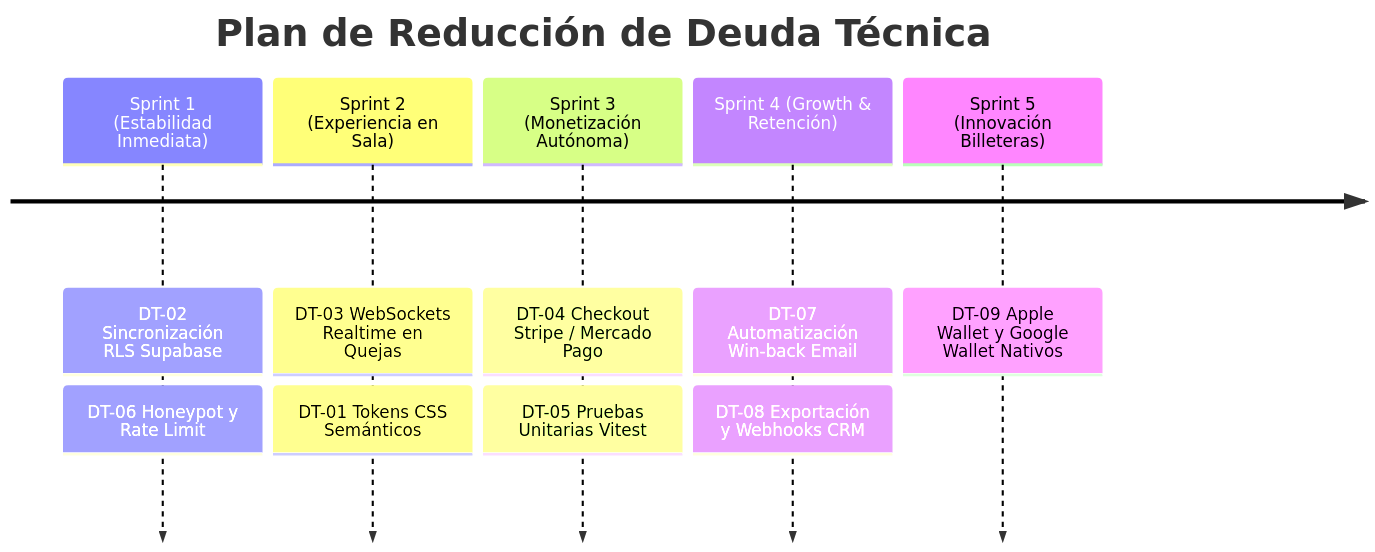
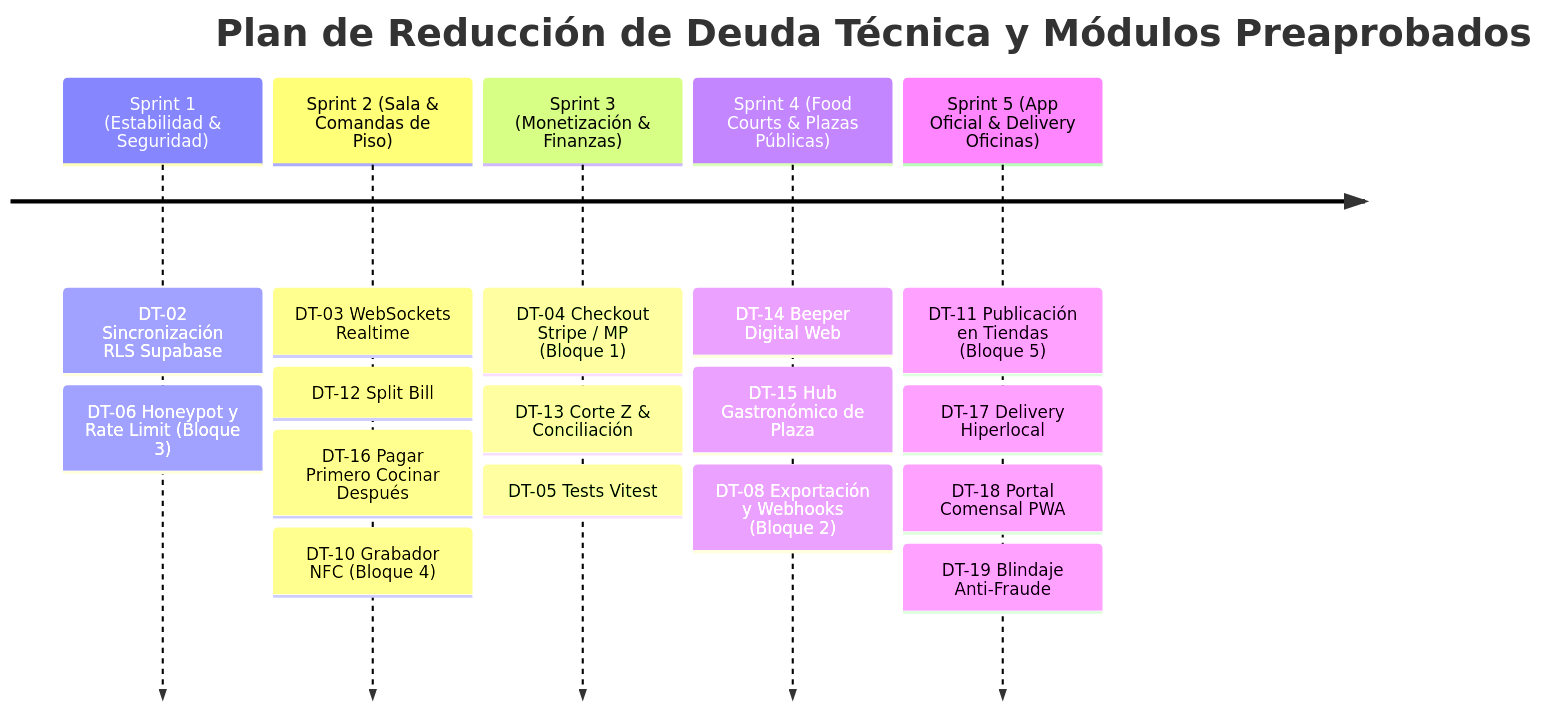
Before and after one commit to arteagaescorza-dev/google-reviews-nfc: the second of 2 diagrams in docs/DEUDA_TECNICA.md, drawn with Mermaid. The commit also changed other lines of this file and 34 other files, not shown here.

Commit message:
feat: implementacion y verificacion de fases 1 a 5 (seguridad, comandas, turnero 4k, delivery oficinas, pasarelas y crm)

````diff
--- a/docs/DEUDA_TECNICA.md
+++ b/docs/DEUDA_TECNICA.md
@@ -136,9 +272,9 @@
 ```mermaid
 timeline
-    title Plan de Reducción de Deuda Técnica
-    Sprint 1 (Estabilidad Inmediata) : DT-02 Sincronización RLS Supabase : DT-06 Honeypot y Rate Limit
-    Sprint 2 (Experiencia en Sala) : DT-03 WebSockets Realtime en Quejas : DT-01 Tokens CSS Semánticos
-    Sprint 3 (Monetización Autónoma) : DT-04 Checkout Stripe / Mercado Pago : DT-05 Pruebas Unitarias Vitest
-    Sprint 4 (Growth & Retención) : DT-07 Automatización Win-back Email : DT-08 Exportación y Webhooks CRM
-    Sprint 5 (Innovación Billeteras) : DT-09 Apple Wallet y Google Wallet Nativos
+    title Plan de Reducción de Deuda Técnica y Módulos Preaprobados
+    Sprint 1 (Estabilidad & Seguridad) : DT-02 Sincronización RLS Supabase : DT-06 Honeypot y Rate Limit (Bloque 3)
+    Sprint 2 (Sala & Comandas de Piso) : DT-03 WebSockets Realtime : DT-12 Split Bill : DT-16 Pagar Primero Cocinar Después : DT-10 Grabador NFC (Bloque 4)
+    Sprint 3 (Monetización & Finanzas) : DT-04 Checkout Stripe / MP (Bloque 1) : DT-13 Corte Z & Conciliación : DT-05 Tests Vitest
+    Sprint 4 (Food Courts & Plazas Públicas) : DT-14 Beeper Digital Web : DT-15 Hub Gastronómico de Plaza : DT-08 Exportación y Webhooks (Bloque 2)
+    Sprint 5 (App Oficial & Delivery Oficinas) : DT-11 Publicación en Tiendas (Bloque 5) : DT-17 Delivery Hiperlocal : DT-18 Portal Comensal PWA : DT-19 Blindaje Anti-Fraude
 ```
````
